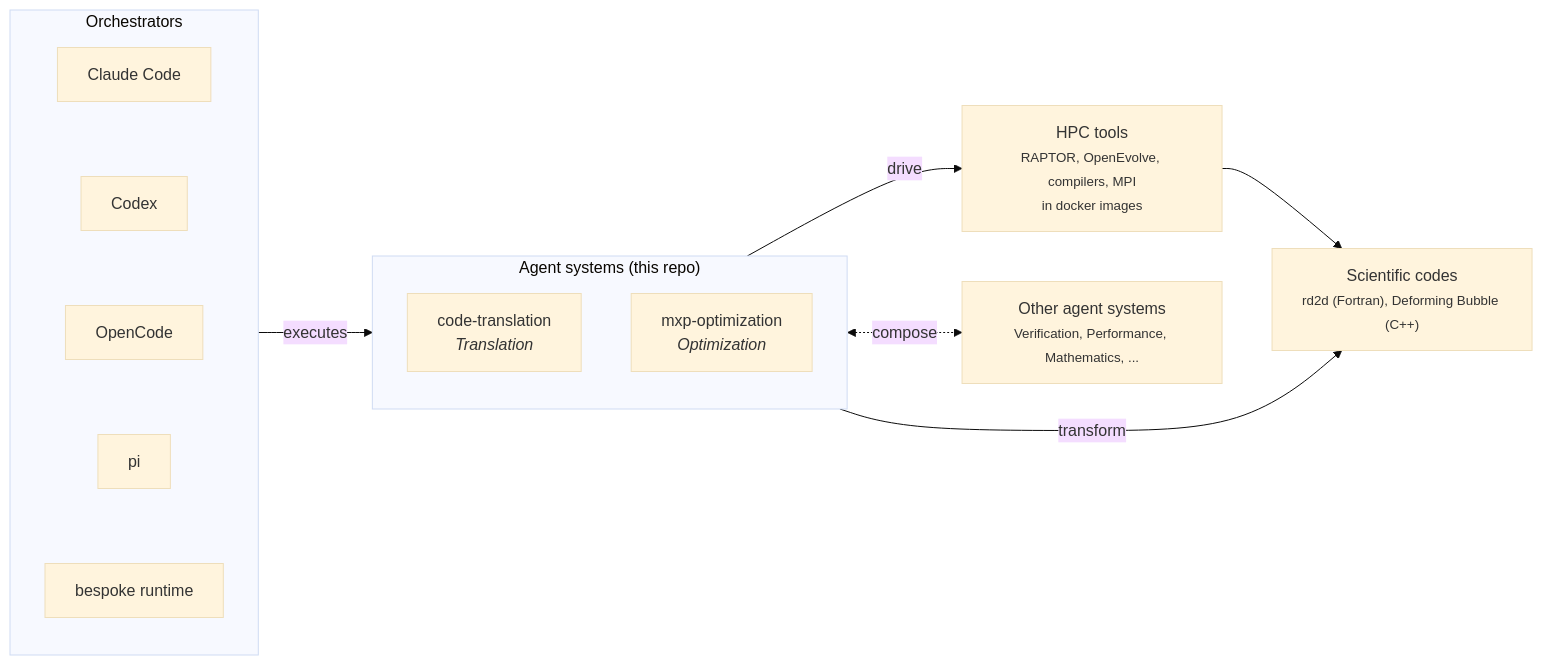
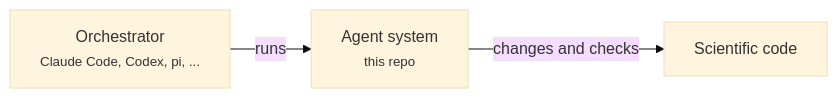
One commit to akashdhruv/HPC-Lab-SC26 changed the first of 2 diagrams in README.md. Above: the diagram before and after it, drawn with Mermaid (base theme). The commit also changed other lines of this file, not shown here.

````diff
--- a/README.md
+++ b/README.md
@@ -22,20 +22,7 @@
 ```mermaid
 flowchart LR
-  subgraph O["Orchestrators"]
-    direction TB
-    o1["Claude Code"] ~~~ o2["Codex"] ~~~ o3["OpenCode"] ~~~ o4["pi"] ~~~ o5["bespoke runtime"]
-  end
-  subgraph S["Agent systems (this repo)"]
-    direction TB
-    s1["code-translation<br/><i>Translation</i>"]
-    s2["mxp-optimization<br/><i>Optimization</i>"]
-  end
-  T["HPC tools<br/><small>RAPTOR, OpenEvolve, compilers, MPI<br/>in docker images</small>"]
-  C["Scientific codes<br/><small>rd2d (Fortran), Deforming Bubble (C++)</small>"]
-  X["Other agent systems<br/><small>Verification, Performance, Mathematics, ...</small>"]
-  O -- executes --> S
-  S -- drive --> T
-  S -- transform --> C
-  T --> C
-  S <-. compose .-> X
+  O["Orchestrator<br/><small>Claude Code, Codex, pi, ...</small>"]
+  S["Agent system<br/><small>this repo</small>"]
+  C["Scientific code"]
+  O -- runs --> S -- changes and checks --> C
 ```
````
